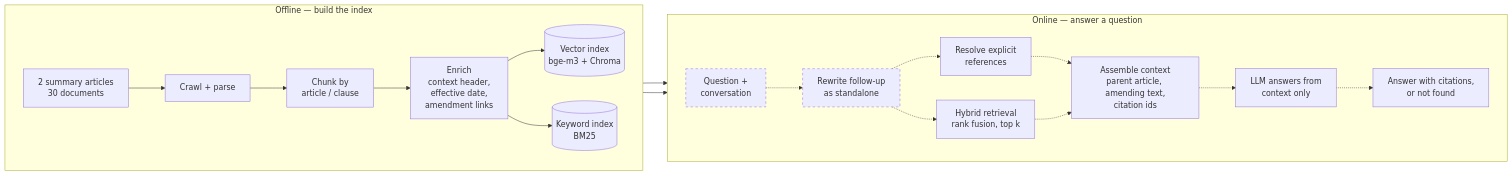
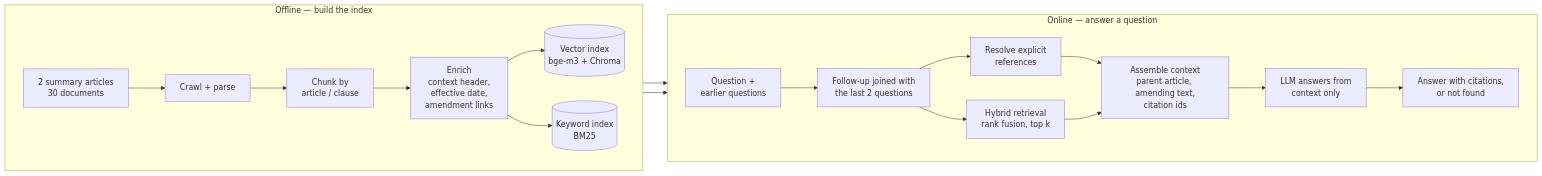
The diagram in README.md (HieuQuang4438/vn-tax-law-rag), drawn with Mermaid before and after one commit. The commit also changed other lines of this file, not shown here.

````diff
--- a/README.md
+++ b/README.md
@@ -27,26 +23,23 @@
 ```mermaid
 flowchart LR
     subgraph offline["Offline — build the index"]
         direction LR
         src[2 summary articles<br/>30 documents] --> crawl[Crawl + parse]
         crawl --> chunk[Chunk by<br/>article / clause]
         chunk --> enrich[Enrich<br/>context header,<br/>effective date,<br/>amendment links]
         enrich --> vec[(Vector index<br/>bge-m3 + Chroma)]
         enrich --> kw[(Keyword index<br/>BM25)]
     end
     subgraph online["Online — answer a question"]
         direction LR
-        q[Question +<br/>conversation] -.-> rw[Rewrite follow-up<br/>as standalone]
-        rw -.-> ref[Resolve explicit<br/>references]
-        rw -.-> hyb[Hybrid retrieval<br/>rank fusion, top k]
-        ref -.-> aug[Assemble context<br/>parent article, amending text,<br/>citation ids]
-        hyb -.-> aug
-        aug -.-> llm[LLM answers from<br/>context only]
-        llm -.-> out[Answer with citations,<br/>or not found]
+        q[Question +<br/>earlier questions] --> rw[Follow-up joined with<br/>the last 2 questions]
+        rw --> ref[Resolve explicit<br/>references]
+        rw --> hyb[Hybrid retrieval<br/>rank fusion, top k]
+        ref --> aug[Assemble context<br/>parent article, amending text,<br/>citation ids]
+        hyb --> aug
+        aug --> llm[LLM answers from<br/>context only]
+        llm --> out[Answer with citations,<br/>or not found]
     end
     vec --> hyb
     kw --> hyb
-
-    classDef planned stroke-dasharray: 5 5
-    class q,rw planned
 ```
````
